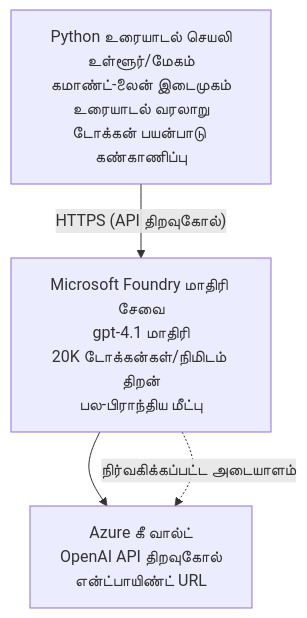
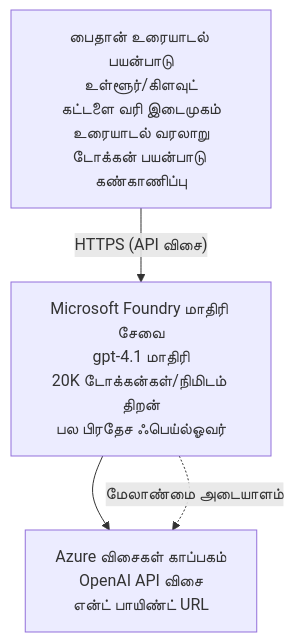
Before and after one commit to microsoft/AZD-for-beginners: the diagram in translations/ta/examples/azure-openai-chat/README.md, drawn with Mermaid. The commit also changed other lines of this file and 104 other files, not shown here.

````diff
--- a/translations/ta/examples/azure-openai-chat/README.md
+++ b/translations/ta/examples/azure-openai-chat/README.md
@@ -26,6 +26,6 @@
 ```mermaid
 graph TD
-    App[Python உரையாடல் செயலி<br/>உள்ளூர்/மேகம்<br/>கமாண்ட்-லைன் இடைமுகம்<br/>உரையாடல் வரலாறு<br/>டோக்கன் பயன்பாடு கண்காணிப்பு] -- "HTTPS (API திறவுகோல்)" --> Foundry[Microsoft Foundry மாதிரி சேவை<br/>gpt-4.1 மாதிரி<br/>20K டோக்கன்கள்/நிமிடம் திறன்<br/>பல-பிராந்திய மீட்பு]
-    Foundry --> KV[Azure கீ வால்ட்<br/>OpenAI API திறவுகோல்<br/>என்ட்பாயிண்ட் URL]
-    Foundry -. நிர்வகிக்கப்பட்ட அடையாளம் .-> KV
+    App[பைதான் உரையாடல் பயன்பாடு<br/>உள்ளூர்/கிளவுட்<br/>கட்டளை வரி இடைமுகம்<br/>உரையாடல் வரலாறு<br/>டோக்கன் பயன்பாடு கண்காணிப்பு] -- "HTTPS (API விசை)" --> Foundry[Microsoft Foundry மாதிரி சேவை<br/>gpt-4.1 மாதிரி<br/>20K டோக்கன்கள்/நிமிடம் திறன்<br/>பல பிரதேச ஃபெய்ல்ஓவர்]
+    Foundry --> KV[Azure விசைகள் காப்பகம்<br/>OpenAI API விசை<br/>என்ட் பாயிண்ட் URL]
+    Foundry -. மேலாண்மை அடையாளம் .-> KV
 ```
````
